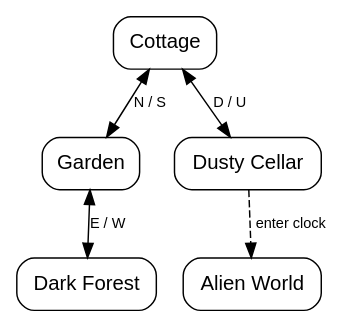
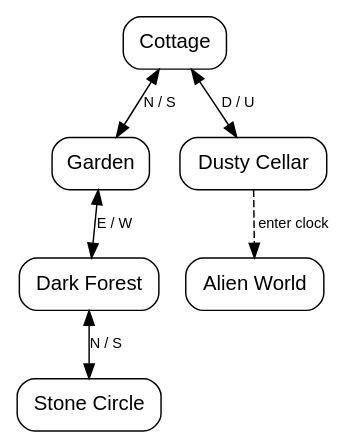
The diagram in INFORM_MAP_TOOL.md (dagfinndybvig/inform), drawn with Graphviz before and after one commit. The commit also changed other lines of this file and 5 other files, not shown here.

First line of the commit message:
Add Stone Circle room with altar, move ornate box onto altar

````diff
--- a/INFORM_MAP_TOOL.md
+++ b/INFORM_MAP_TOOL.md
@@ -106,18 +106,20 @@
 ```dot
 digraph game_map {
     rankdir=TB;
     node [shape=box, style=rounded, fontname="Helvetica"];
     edge [fontname="Helvetica", fontsize=10];
 
     Cottage [label="Cottage"];
     Garden [label="Garden"];
     Forest [label="Dark Forest"];
+    StoneCircle [label="Stone Circle"];
     Cellar [label="Dusty Cellar"];
     AlienWorld [label="Alien World"];
 
     Cottage -> Garden [label="N / S", dir=both, style=solid];
     Cottage -> Cellar [label="D / U", dir=both, style=solid];
     Garden -> Forest [label="E / W", dir=both, style=solid];
+    Forest -> StoneCircle [label="N / S", dir=both, style=solid];
     Cellar -> AlienWorld [label="enter clock", style=dashed];
 }
 ```
````
